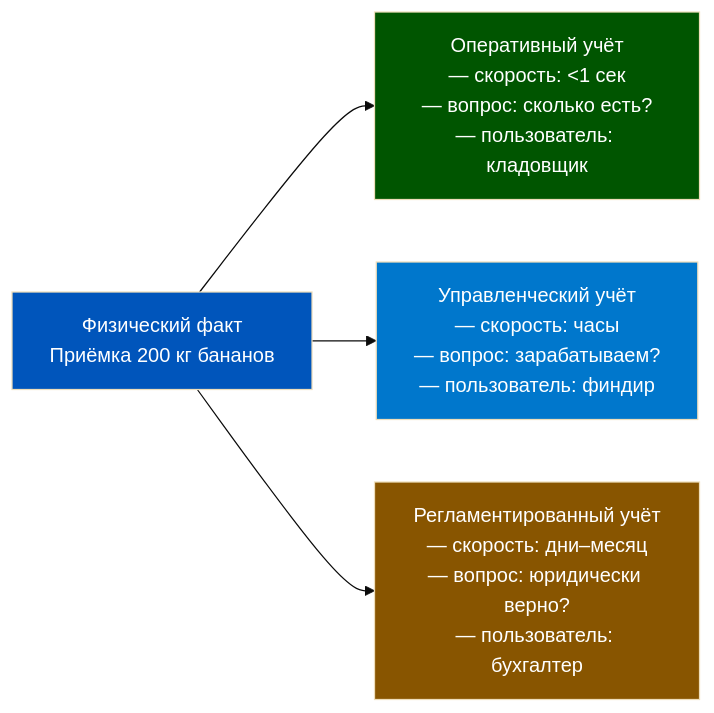
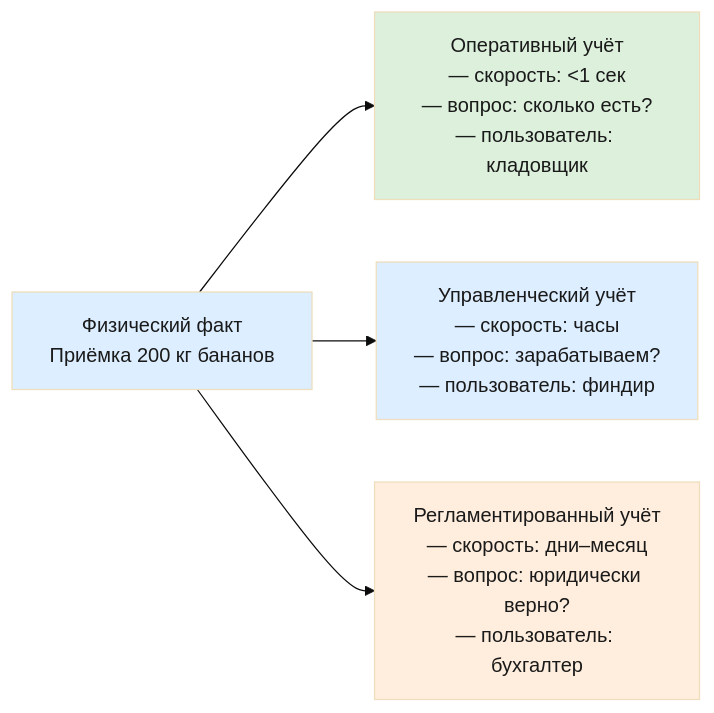
Before and after one commit to murad1986/1c-erp-quartz: the first of 5 diagrams in content/1c-erp/week_1/Неделя 1 - День 1 - Виды учета и Архитектура.md, drawn with Mermaid (base theme). The commit also changed other lines of this file and 57 other files, not shown here.

First line of the commit message:
fix: Mermaid — пастельные цвета в источниках диаграмм (56 файлов)

````diff
--- a/content/1c-erp/week_1/Неделя 1 - День 1 - Виды учета и Архитектура.md
+++ b/content/1c-erp/week_1/Неделя 1 - День 1 - Виды учета и Архитектура.md
@@ -72,11 +72,11 @@
 ```mermaid
 flowchart LR
     EVT["Физический факт<br/>Приёмка 200 кг бананов"] --> OU["Оперативный учёт<br/>— скорость: &lt;1 сек<br/>— вопрос: сколько есть?<br/>— пользователь: кладовщик"]
     EVT --> UU["Управленческий учёт<br/>— скорость: часы<br/>— вопрос: зарабатываем?<br/>— пользователь: финдир"]
     EVT --> BU["Регламентированный учёт<br/>— скорость: дни–месяц<br/>— вопрос: юридически верно?<br/>— пользователь: бухгалтер"]
 
-    style EVT fill:#0055BB,color:#fff
-    style OU fill:#005500,color:#fff
-    style UU fill:#0077CC,color:#fff
-    style BU fill:#885500,color:#fff
+    style EVT fill:#dceeff,color:#1a1a1a
+    style OU fill:#dcf0dc,color:#1a1a1a
+    style UU fill:#dceeff,color:#1a1a1a
+    style BU fill:#ffeedd,color:#1a1a1a
 ```
````
